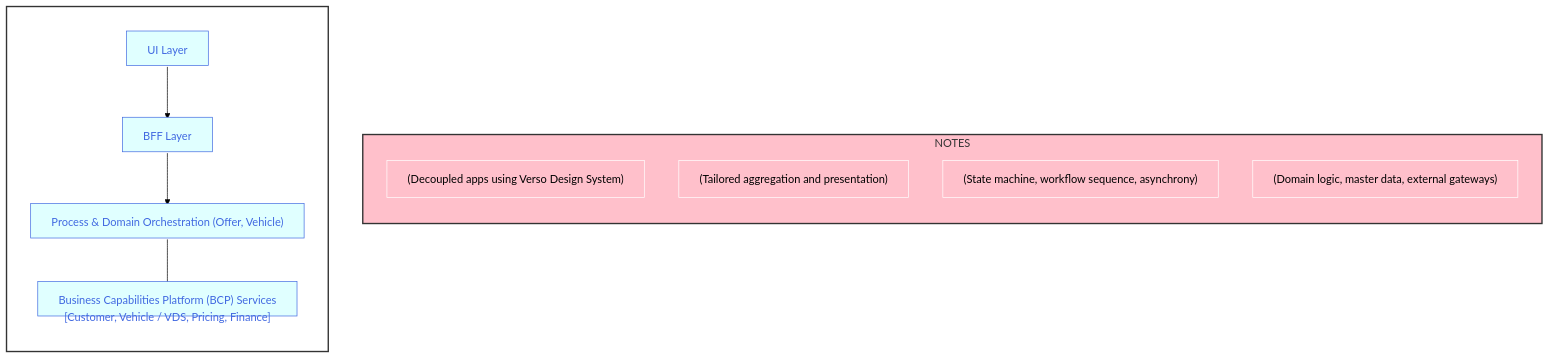
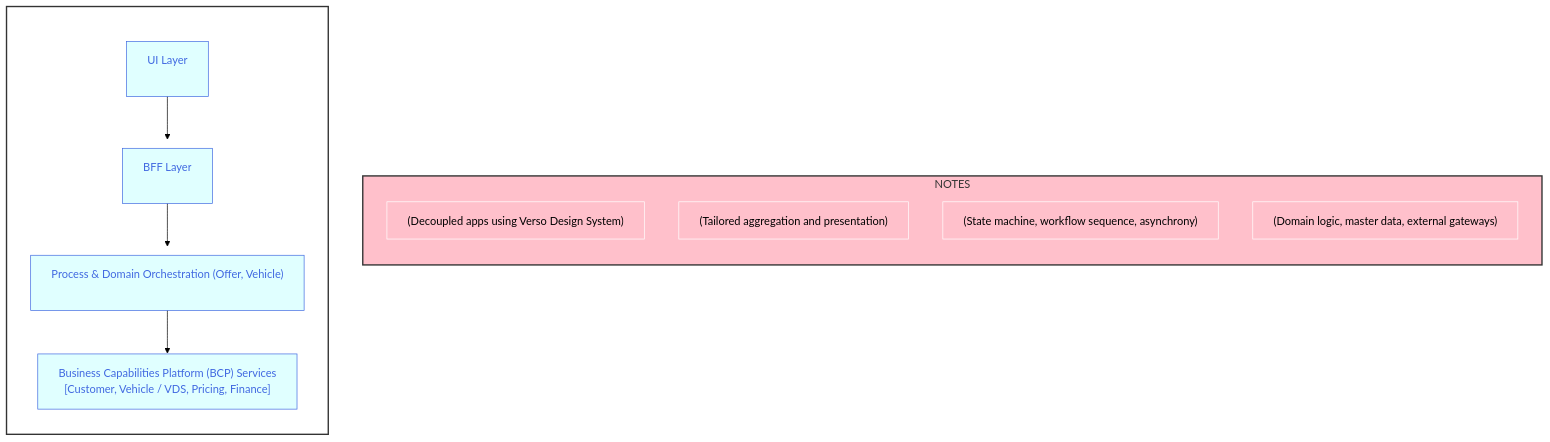
The diagram in buttons_mermaid_v3.md (joe-dorward/samples), drawn with Mermaid (forest theme) before and after one commit.

````diff
--- a/buttons_mermaid_v3.md
+++ b/buttons_mermaid_v3.md
@@ -3,49 +3,49 @@
 ```mermaid
   %%{
     init: {"flowchart": { "markdownAutoWrap":"false", "textWrap":"false", "wrappingWidth": "100%" }
     }
   }%%
   flowchart LR
 
-  classDef Button fill:lightcyan, stroke:royalblue, color:royalblue, height:50px;
+  classDef Button fill:lightcyan, stroke:royalblue, color:royalblue, height:80px;
   classDef Note fill:transparent, stroke:white, text-align:left;
   %% ---------- ---------- ---------- ---------- ---------- ---------- ---------- ---------- ---------- ----------
   subgraph BUTTONS
     direction TD
 
     BUTTON_01["UI Layer"]:::Button
     click BUTTON_01 "https://en.wikipedia.org/wiki/Main_Page" _blank
 
     BUTTON_02["BFF Layer"]:::Button
     click BUTTON_02 "https://en.wikipedia.org/wiki/Main_Page" _blank
 
     BUTTON_03["Process & Domain Orchestration (Offer, Vehicle)"]:::Button
     click BUTTON_03 "https://en.wikipedia.org/wiki/Main_Page" _blank
 
     BUTTON_04["Business Capabilities Platform (BCP) Services<br/>[Customer, Vehicle / VDS, Pricing, Finance]"]:::Button
     click BUTTON_04 "https://en.wikipedia.org/wiki/Main_Page" _blank
   end
 
   %% ---------- ---------- ---------- ---------- ---------- ---------- ---------- ---------- ---------- ----------
   subgraph NOTES
     direction TD
     BUTTON_01_NOTE["(Decoupled apps using Verso Design System)"]:::Note
     BUTTON_02_NOTE["(Tailored aggregation and presentation)"]:::Note
     BUTTON_03_NOTE["(State machine, workflow sequence, asynchrony)"]:::Note
     BUTTON_04_NOTE["(Domain logic, master data, external gateways)"]:::Note
   end
   %% ---------- ---------- ---------- ---------- ---------- ---------- ---------- ---------- ---------- ----------
   %% invisibly connect BUTTONS (sub-graph) to NOTES (sub-graph)
   BUTTONS~~~
   NOTES
   %% ---------- ---------- ---------- ---------- ---------- ---------- ---------- ---------- ---------- ----------
   %% connect buttons
   BUTTON_01-->
   BUTTON_02-->
   BUTTON_03-->
   BUTTON_04
   %% ---------- ---------- ---------- ---------- ---------- ---------- ---------- ---------- ---------- ----------
   style BUTTONS fill:transparent,color:white,stroke:#333,stroke-width:2px
   style NOTES fill:pink,stroke:#333,stroke-width:2px
 
 ```
````
